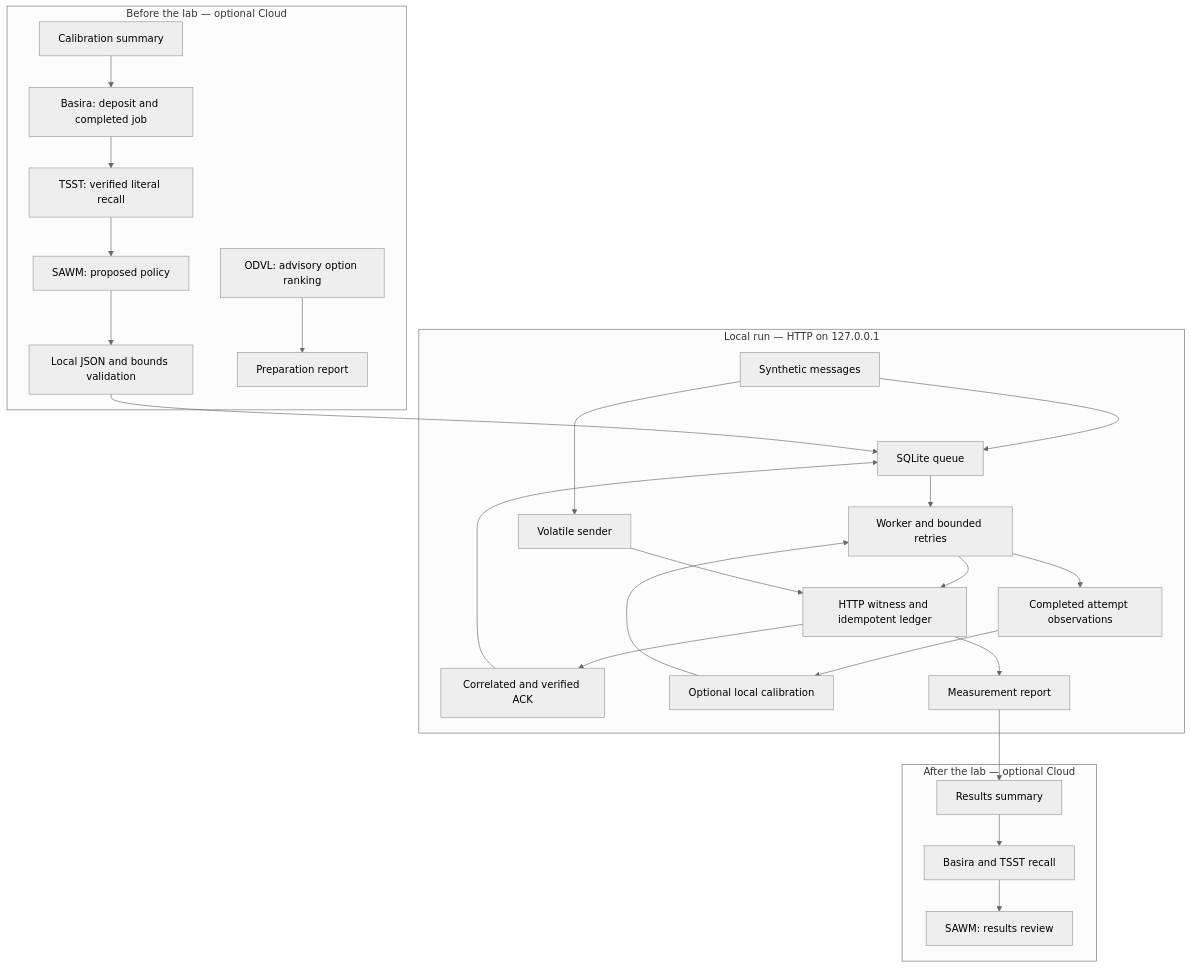
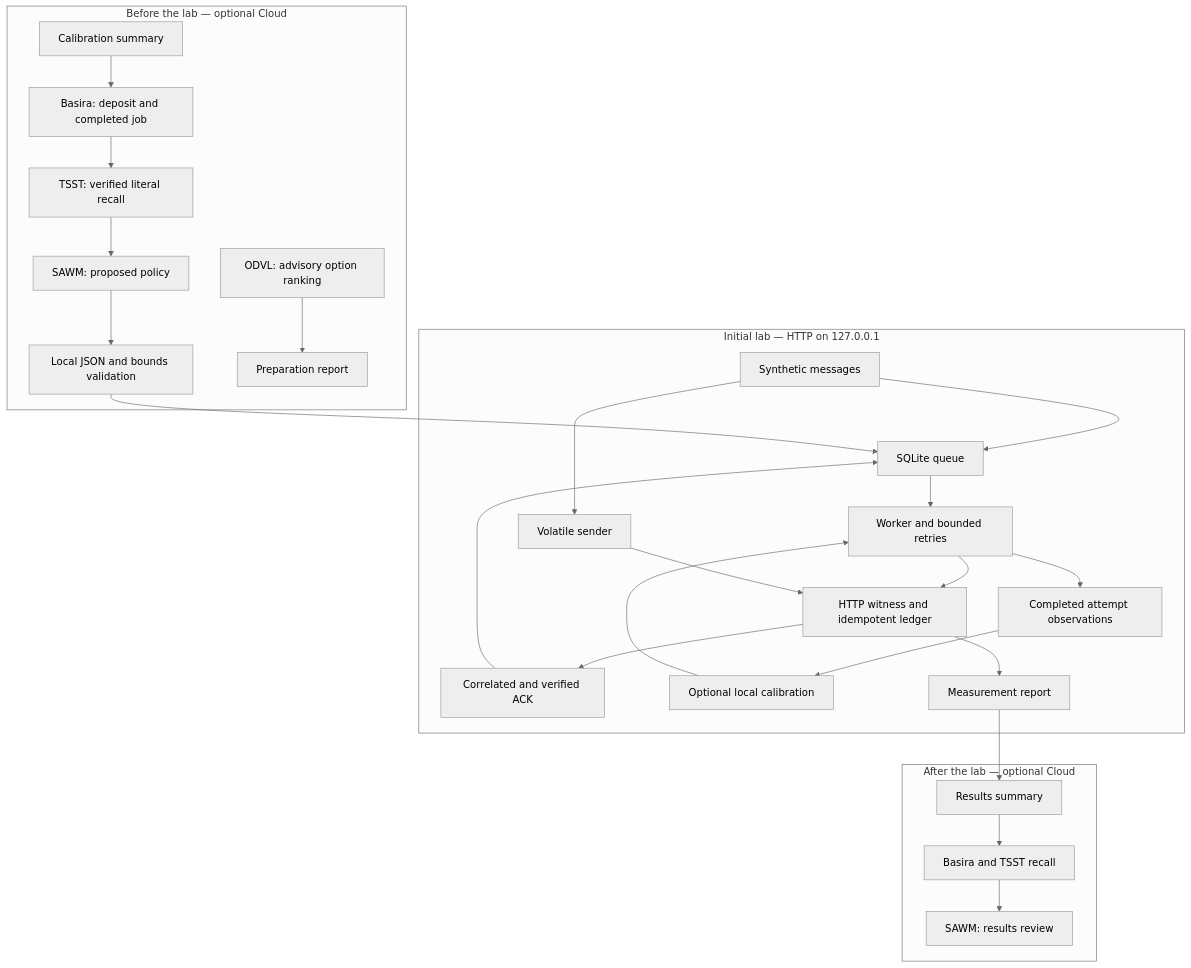
One commit to SAWM-io/sawm-anti-brouillage changed the diagram in README.en.md. Above: the diagram before and after it, drawn with Mermaid (neutral theme). The commit also changed other lines of this file and 96 other files, not shown here.

````diff
--- a/README.en.md
+++ b/README.en.md
@@ -91,29 +132,29 @@
 ```mermaid
 flowchart TB
     subgraph Before[Before the lab — optional Cloud]
         C[Calibration summary] --> B[Basira: deposit and completed job]
         B --> T[TSST: verified literal recall]
         T --> S[SAWM: proposed policy]
         S --> V[Local JSON and bounds validation]
         O[ODVL: advisory option ranking] --> R[Preparation report]
     end
-    subgraph Local[Local run — HTTP on 127.0.0.1]
+    subgraph Local[Initial lab — HTTP on 127.0.0.1]
         M[Synthetic messages] --> Q[SQLite queue]
         Q --> W[Worker and bounded retries]
         W --> H[HTTP witness and idempotent ledger]
         H --> A[Correlated and verified ACK]
         A --> Q
         W --> F[Completed attempt observations]
         F --> L[Optional local calibration]
         L --> W
         M --> E[Volatile sender]
         E --> H
         H --> J[Measurement report]
     end
     V --> Q
     subgraph After[After the lab — optional Cloud]
         J --> U[Results summary]
         U --> BT[Basira and TSST recall]
         BT --> SR[SAWM: results review]
     end
 ```
````
